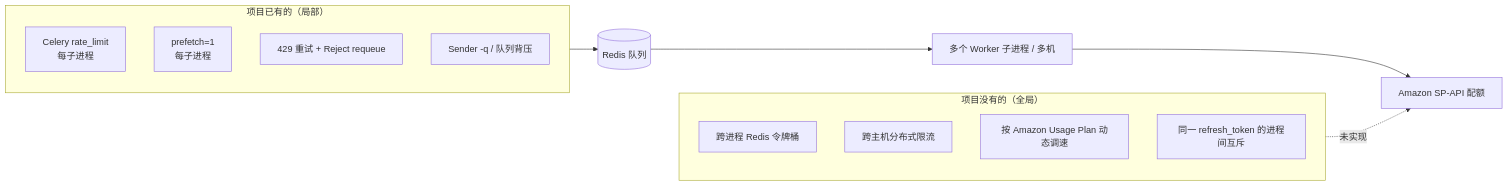
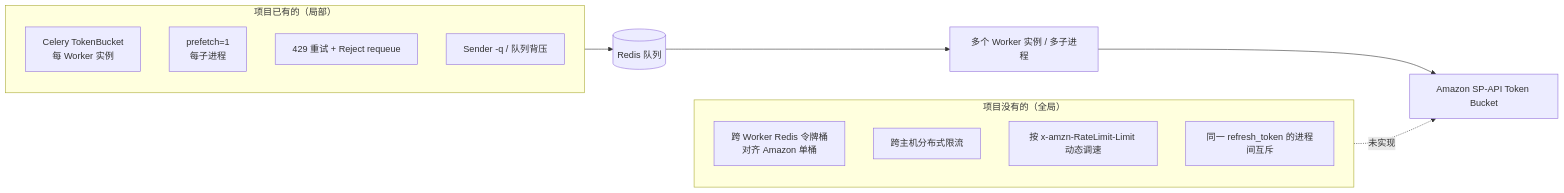
One commit to AriseshineSky/em-spapi-celery changed the fourth of 5 diagrams in docs/SPAPI_RATE_LIMITING.md. Above: the diagram before and after it, drawn with Mermaid. The commit also changed other lines of this file and 1 other file, not shown here.

First line of the commit message:
Document Celery TokenBucket vs SP-API token bucket rate limiting.

````diff
--- a/docs/SPAPI_RATE_LIMITING.md
+++ b/docs/SPAPI_RATE_LIMITING.md
@@ -331,21 +452,21 @@
 ```mermaid
 flowchart LR
   subgraph Has["项目已有的（局部）"]
-    A1["Celery rate_limit<br/>每子进程"]
+    A1["Celery TokenBucket<br/>每 Worker 实例"]
     A2["prefetch=1<br/>每子进程"]
     A3["429 重试 + Reject requeue"]
     A4["Sender -q / 队列背压"]
   end
 
   subgraph Missing["项目没有的（全局）"]
-    B1["跨进程 Redis 令牌桶"]
+    B1["跨 Worker Redis 令牌桶<br/>对齐 Amazon 单桶"]
     B2["跨主机分布式限流"]
-    B3["按 Amazon Usage Plan 动态调速"]
+    B3["按 x-amzn-RateLimit-Limit 动态调速"]
     B4["同一 refresh_token 的进程间互斥"]
   end
 
   Has --> Redis[(Redis 队列)]
-  Missing -.->|未实现| Amazon[Amazon SP-API 配额]
-  Redis --> Workers[多个 Worker 子进程 / 多机]
+  Missing -.->|未实现| Amazon[Amazon SP-API Token Bucket]
+  Redis --> Workers[多个 Worker 实例 / 多子进程]
   Workers --> Amazon
 ```
````
